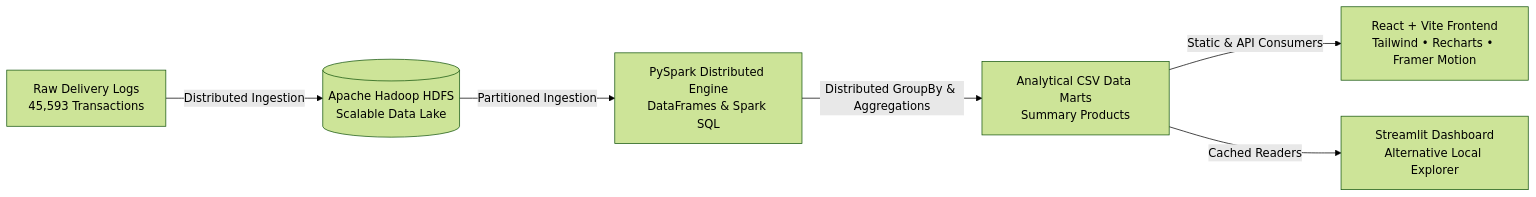
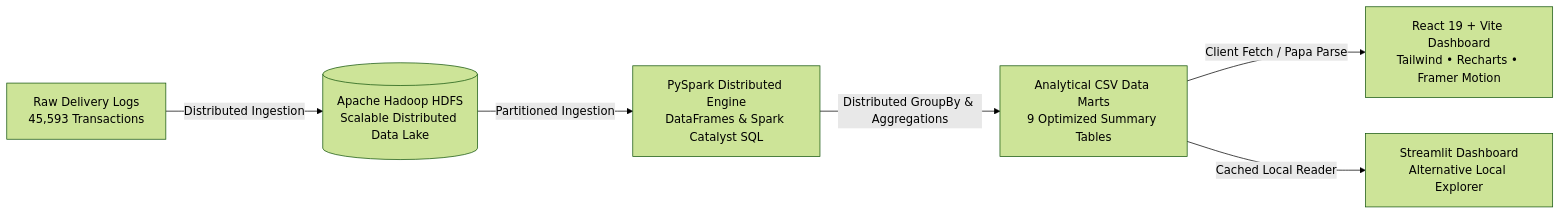
Before and after one commit to AnupamXcode/SmartDeliveryApp: the diagram in README.md, drawn with Mermaid (forest theme). The commit also changed other lines of this file and 19 other files, not shown here.

Commit message:
feat: complete visual redesign of React Food Delivery Analytics platform

````diff
--- a/README.md
+++ b/README.md
@@ -9,8 +9,8 @@
 ```mermaid
 flowchart LR
-    A[Raw Delivery Logs\n45,593 Transactions] -->|Distributed Ingestion| B[(Apache Hadoop HDFS\nScalable Data Lake)]
-    B -->|Partitioned Ingestion| C[PySpark Distributed Engine\nDataFrames & Spark SQL]
-    C -->|Distributed GroupBy & Aggregations| D[Analytical CSV Data Marts\nSummary Products]
-    D -->|Static & API Consumers| E[React + Vite Frontend\nTailwind • Recharts • Framer Motion]
-    D -->|Cached Readers| F[Streamlit Dashboard\nAlternative Local Explorer]
+    A[Raw Delivery Logs\n45,593 Transactions] -->|Distributed Ingestion| B[(Apache Hadoop HDFS\nScalable Distributed Data Lake)]
+    B -->|Partitioned Ingestion| C[PySpark Distributed Engine\nDataFrames & Spark Catalyst SQL]
+    C -->|Distributed GroupBy & Aggregations| D[Analytical CSV Data Marts\n9 Optimized Summary Tables]
+    D -->|Client Fetch / Papa Parse| E[React 19 + Vite Dashboard\nTailwind • Recharts • Framer Motion]
+    D -->|Cached Local Reader| F[Streamlit Dashboard\nAlternative Local Explorer]
 ```
````
